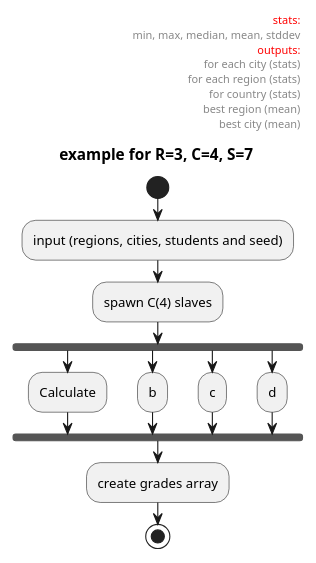
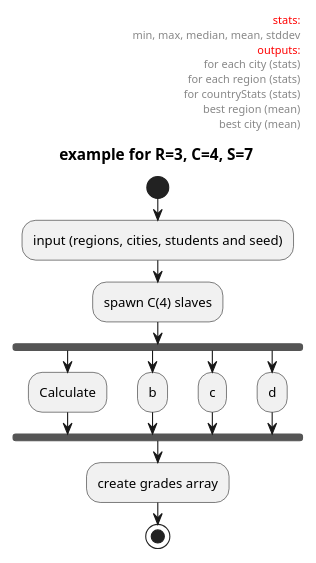
Before and after one commit to griloHBG/students-statistics-MPI: the diagram in studentsseq/overview.puml, drawn with PlantUML. The commit also changed 6 other files, not shown here.

```diff
--- a/studentsseq/overview.puml
+++ b/studentsseq/overview.puml
@@ -1,30 +1,30 @@
 @startuml
 scale 250  width
 
 title example for R=3, C=4, S=7
 
 header
 <font color=red>stats:</font>
 min, max, median, mean, stddev
 <font color=red>outputs:</font>
 for each city (stats)
 for each region (stats)
-for country (stats)
+for countryStats (stats)
 best region (mean)
 best city (mean)
 endheader
 start
 :input (regions, cities, students and seed);
 :spawn C(4) slaves;
 fork
 :Calculate;
 fork again
 :b;
 fork again
 :c;
 fork again
 :d;
 endfork
 :create grades array;
 stop
 @enduml
```
